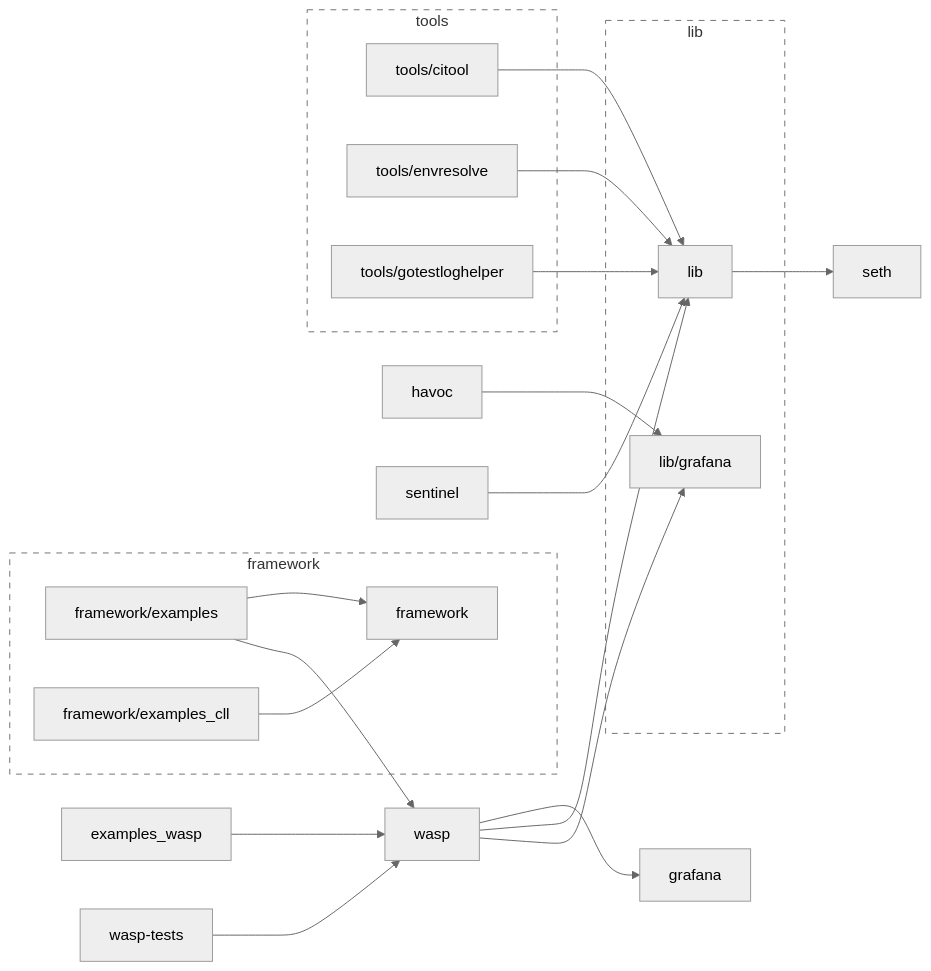
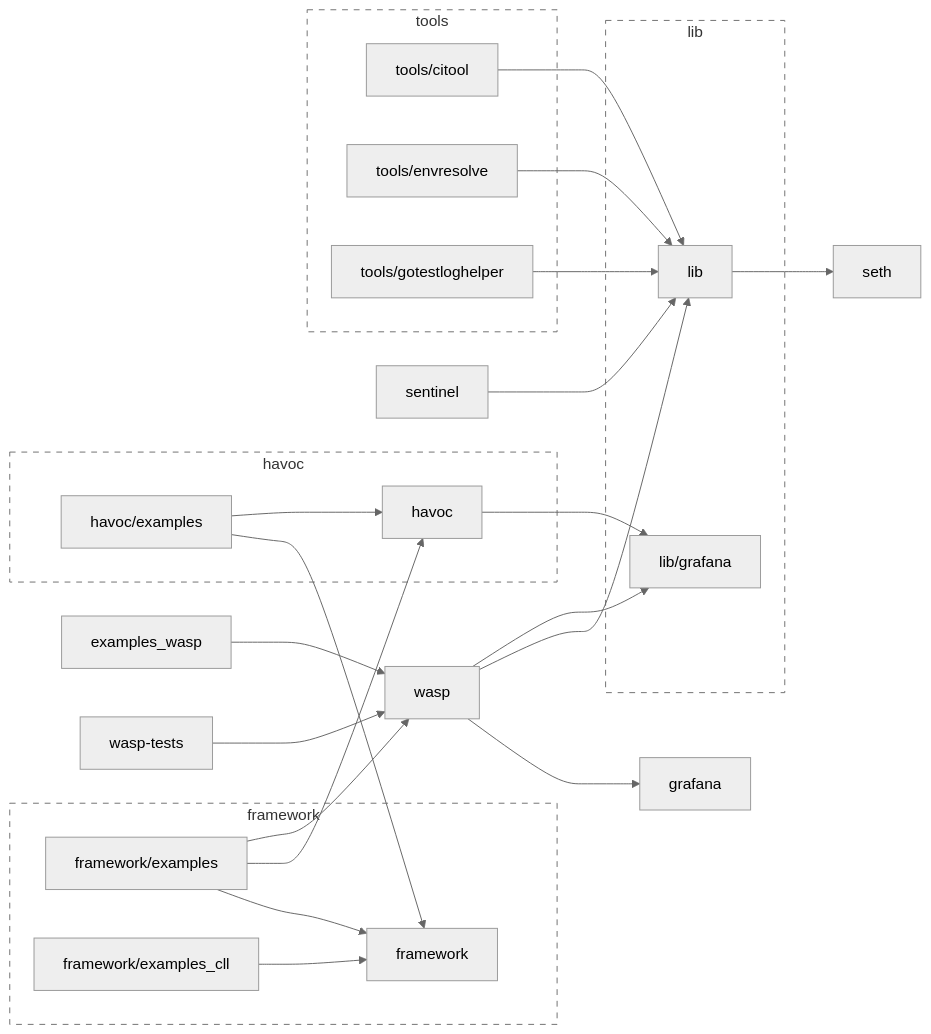
One commit to smartcontractkit/chainlink-testing-framework changed the diagram in go.md. Above: the diagram before and after it, drawn with Mermaid (neutral theme). The commit also changed 3 other files, not shown here.

Commit message:
remove havoc examples, use the framework one

````diff
--- a/go.md
+++ b/go.md
@@ -2,60 +2,70 @@
 ```mermaid
 flowchart LR
 
 	examples_wasp --> wasp
 	click examples_wasp href "https://github.com/smartcontractkit/chainlink-testing-framework/examples_wasp"
 	framework
 	click framework href "https://github.com/smartcontractkit/chainlink-testing-framework/framework"
 	framework/examples --> framework
+	framework/examples --> havoc
 	framework/examples --> wasp
 	click framework/examples href "https://github.com/smartcontractkit/chainlink-testing-framework/framework"
 	framework/examples_cll --> framework
 	click framework/examples_cll href "https://github.com/smartcontractkit/chainlink-testing-framework/framework"
 	grafana
 	click grafana href "https://github.com/smartcontractkit/chainlink-testing-framework/grafana"
 	havoc --> lib/grafana
 	click havoc href "https://github.com/smartcontractkit/chainlink-testing-framework/havoc"
+	havoc/examples --> framework
+	havoc/examples --> havoc
+	click havoc/examples href "https://github.com/smartcontractkit/chainlink-testing-framework/havoc"
 	lib --> seth
 	click lib href "https://github.com/smartcontractkit/chainlink-testing-framework/lib"
 	lib/grafana
 	click lib/grafana href "https://github.com/smartcontractkit/chainlink-testing-framework/lib"
 	sentinel --> lib
 	click sentinel href "https://github.com/smartcontractkit/chainlink-testing-framework/sentinel"
 	seth
 	click seth href "https://github.com/smartcontractkit/chainlink-testing-framework/seth"
 	tools/citool --> lib
 	click tools/citool href "https://github.com/smartcontractkit/chainlink-testing-framework/tools"
 	tools/envresolve --> lib
 	click tools/envresolve href "https://github.com/smartcontractkit/chainlink-testing-framework/tools"
 	tools/gotestloghelper --> lib
 	click tools/gotestloghelper href "https://github.com/smartcontractkit/chainlink-testing-framework/tools"
 	wasp --> grafana
 	wasp --> lib
 	wasp --> lib/grafana
 	click wasp href "https://github.com/smartcontractkit/chainlink-testing-framework/wasp"
 	wasp-tests --> wasp
 	click wasp-tests href "https://github.com/smartcontractkit/chainlink-testing-framework/wasp-tests"
 
 	subgraph framework-repo[framework]
 		 framework
 		 framework/examples
 		 framework/examples_cll
 	end
 	click framework-repo href "https://github.com/smartcontractkit/chainlink-testing-framework/framework"
 
+	subgraph havoc-repo[havoc]
+		 havoc
+		 havoc/examples
+	end
+	click havoc-repo href "https://github.com/smartcontractkit/chainlink-testing-framework/havoc"
+
 	subgraph lib-repo[lib]
 		 lib
 		 lib/grafana
 	end
 	click lib-repo href "https://github.com/smartcontractkit/chainlink-testing-framework/lib"
 
 	subgraph tools-repo[tools]
 		 tools/citool
 		 tools/envresolve
 		 tools/gotestloghelper
 	end
 	click tools-repo href "https://github.com/smartcontractkit/chainlink-testing-framework/tools"
 
 	classDef outline stroke-dasharray:6,fill:none;
-	class framework-repo,lib-repo,tools-repo outline
+	class framework-repo,havoc-repo,lib-repo,tools-repo outline
 ```
````
